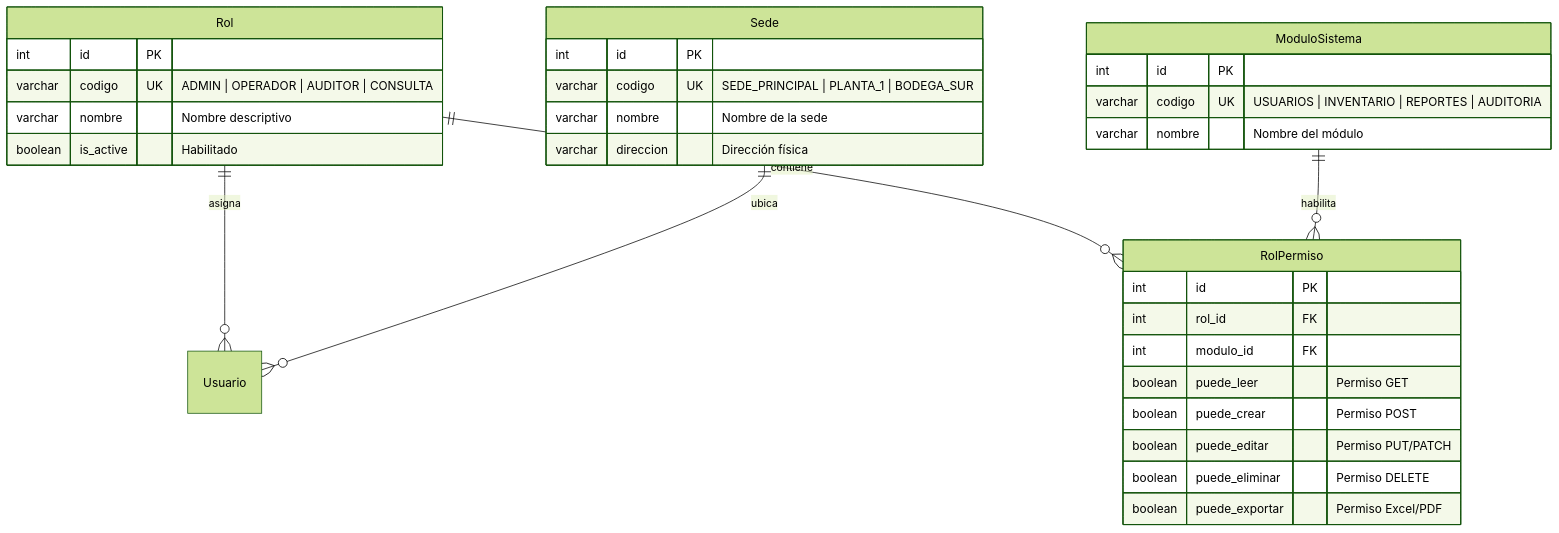
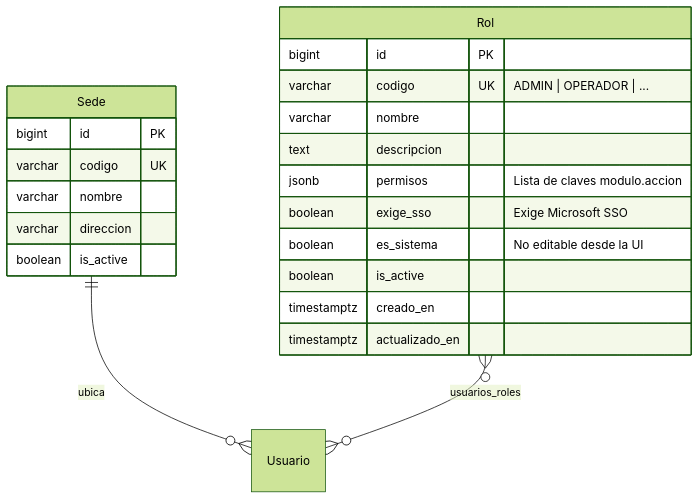
The diagram in model/roles/spec_model_roles_permisos.md (jnmontoy/sdd), drawn with Mermaid (forest theme) before and after one commit. The commit also changed other lines of this file and 152 other files, not shown here.

````diff
--- a/model/roles/spec_model_roles_permisos.md
+++ b/model/roles/spec_model_roles_permisos.md
@@ -21,38 +30,26 @@
 ```mermaid
 erDiagram
-    Rol ||--o{ Usuario : "asigna"
     Sede ||--o{ Usuario : "ubica"
-    Rol ||--o{ RolPermiso : "contiene"
-    ModuloSistema ||--o{ RolPermiso : "habilita"
+    Rol }o--o{ Usuario : "usuarios_roles"
 
     Rol {
-        int id PK
-        varchar codigo UK "ADMIN | OPERADOR | AUDITOR | CONSULTA"
-        varchar nombre "Nombre descriptivo"
-        boolean is_active "Habilitado"
+        bigint id PK
+        varchar codigo UK "ADMIN | OPERADOR | ..."
+        varchar nombre
+        text descripcion
+        jsonb permisos "Lista de claves modulo.accion"
+        boolean exige_sso "Exige Microsoft SSO"
+        boolean es_sistema "No editable desde la UI"
+        boolean is_active
+        timestamptz creado_en
+        timestamptz actualizado_en
     }
 
     Sede {
-        int id PK
-        varchar codigo UK "SEDE_PRINCIPAL | PLANTA_1 | BODEGA_SUR"
-        varchar nombre "Nombre de la sede"
-        varchar direccion "Dirección física"
-    }
-
-    ModuloSistema {
-        int id PK
-        varchar codigo UK "USUARIOS | INVENTARIO | REPORTES | AUDITORIA"
-        varchar nombre "Nombre del módulo"
-    }
-
-    RolPermiso {
-        int id PK
-        int rol_id FK
-        int modulo_id FK
-        boolean puede_leer "Permiso GET"
-        boolean puede_crear "Permiso POST"
-        boolean puede_editar "Permiso PUT/PATCH"
-        boolean puede_eliminar "Permiso DELETE"
-        boolean puede_exportar "Permiso Excel/PDF"
+        bigint id PK
+        varchar codigo UK
+        varchar nombre
+        varchar direccion
+        boolean is_active
     }
 ```
````
